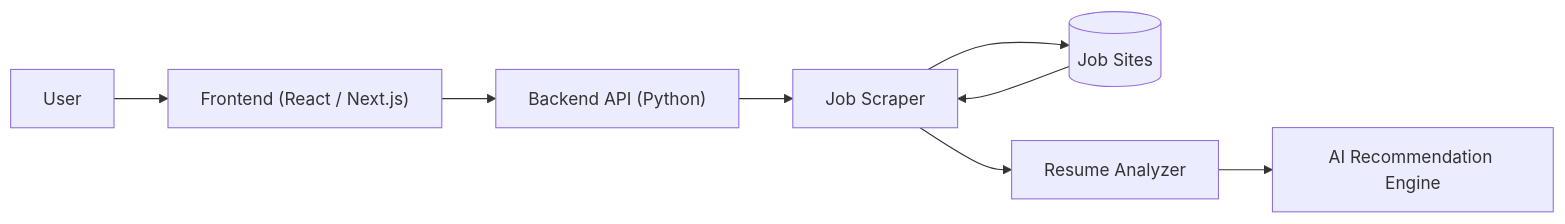
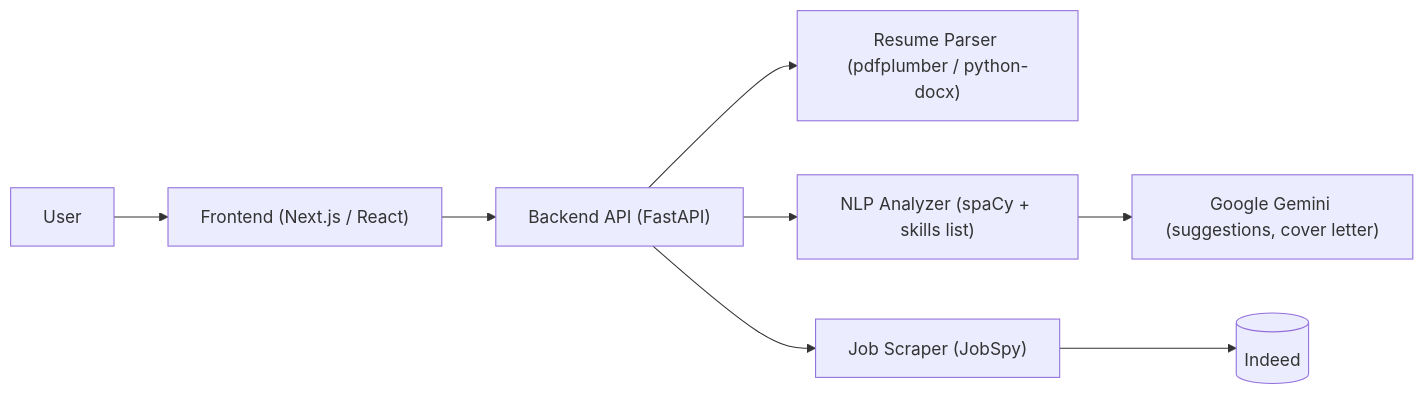
One commit to aryannaresh04/resume-improvement-job-scrapper changed the diagram in README.md. Above: the diagram before and after it, drawn with Mermaid. The commit also changed other lines of this file and 4 other files, not shown here.

````diff
--- a/README.md
+++ b/README.md
@@ -39,11 +66,10 @@
 ```mermaid
 graph LR
-    User --> Frontend["Frontend (React / Next.js)"]
-    Frontend --> Backend["Backend API (Python)"]
-    Backend --> Scraper["Job Scraper"]
-    Scraper --> JobSites[("Job Sites")]
-    JobSites --> Scraper
-    Scraper --> Analyzer["Resume Analyzer"]
-    Analyzer --> AI["AI Recommendation Engine"]
-
+    User --> Frontend["Frontend (Next.js / React)"]
+    Frontend --> Backend["Backend API (FastAPI)"]
+    Backend --> Parser["Resume Parser (pdfplumber / python-docx)"]
+    Backend --> Analyzer["NLP Analyzer (spaCy + skills list)"]
+    Analyzer --> Gemini["Google Gemini (suggestions, cover letter)"]
+    Backend --> Scraper["Job Scraper (JobSpy)"]
+    Scraper --> Indeed[("Indeed")]
 ```
````
